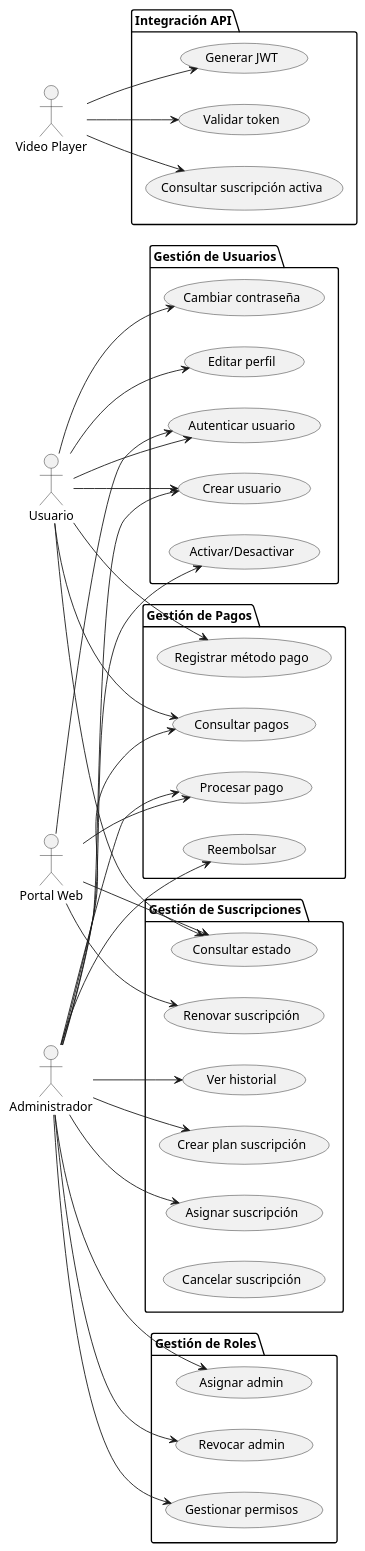
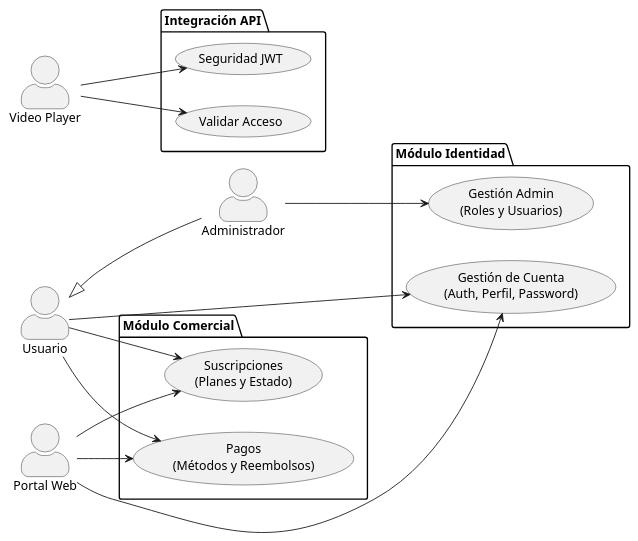
The second of 9 diagrams in docs/backend/odoo_doc/bloste_core.md (ComfyPenguin/Bloste-Docs), drawn with PlantUML before and after one commit.

Commit message:
Simplificacion de caso de uso

````diff
--- a/docs/backend/odoo_doc/bloste_core.md
+++ b/docs/backend/odoo_doc/bloste_core.md
@@ -418,76 +418,43 @@
 ```plantuml
 @startuml
 left to right direction
+skinparam actorStyle awesome
 
 actor Usuario
 actor Administrador
 actor "Portal Web" as Portal
 actor "Video Player" as Player
 
-package "Gestión de Usuarios" {
-  usecase "Crear usuario" as UC1
-  usecase "Autenticar usuario" as UC2
-  usecase "Editar perfil" as UC3
-  usecase "Cambiar contraseña" as UC4
-  usecase "Activar/Desactivar" as UC5
+' Simplificación clave: El Admin hereda del Usuario (no necesita flechas duplicadas)
+Usuario <|-- Administrador
+
+package "Módulo Identidad" {
+  usecase "Gestión de Cuenta\n(Auth, Perfil, Password)" as UC_Cuenta
+  usecase "Gestión Admin\n(Roles y Usuarios)" as UC_Adm_Users
 }
 
-package "Gestión de Suscripciones" {
-  usecase "Crear plan suscripción" as UC6
-  usecase "Asignar suscripción" as UC7
-  usecase "Renovar suscripción" as UC8
-  usecase "Consultar estado" as UC9
-  usecase "Ver historial" as UC10
-  usecase "Cancelar suscripción" as UC11
-}
-
-package "Gestión de Roles" {
-  usecase "Asignar admin" as UC12
-  usecase "Revocar admin" as UC13
-  usecase "Gestionar permisos" as UC14
-}
-
-package "Gestión de Pagos" {
-  usecase "Registrar método pago" as UC15
-  usecase "Procesar pago" as UC16
-  usecase "Consultar pagos" as UC17
-  usecase "Reembolsar" as UC18
+package "Módulo Comercial" {
+  usecase "Suscripciones\n(Planes y Estado)" as UC_Susc
+  usecase "Pagos\n(Métodos y Reembolsos)" as UC_Pagos
 }
 
 package "Integración API" {
-  usecase "Generar JWT" as UC19
-  usecase "Validar token" as UC20
-  usecase "Consultar suscripción activa" as UC21
+  usecase "Seguridad JWT" as UC_JWT
+  usecase "Validar Acceso" as UC_Acceso
 }
 
-Usuario --> UC1
-Usuario --> UC2
-Usuario --> UC3
-Usuario --> UC4
-Usuario --> UC9
-Usuario --> UC15
-Usuario --> UC17
+' Relaciones Humanas
+Usuario --> UC_Cuenta
+Usuario --> UC_Susc
+Usuario --> UC_Pagos
+Administrador --> UC_Adm_Users
 
-Administrador --> UC1
-Administrador --> UC5
-Administrador --> UC6
-Administrador --> UC7
-Administrador --> UC10
-Administrador --> UC12
-Administrador --> UC13
-Administrador --> UC14
-Administrador --> UC16
-Administrador --> UC17
-Administrador --> UC18
+' Relaciones de Sistemas
+Portal --> UC_Cuenta
+Portal --> UC_Susc
+Portal --> UC_Pagos
 
-Portal --> UC2
-Portal --> UC8
-Portal --> UC16
-Portal --> UC9
-
-Player --> UC19
-Player --> UC20
-Player --> UC21
-
+Player --> UC_JWT
+Player --> UC_Acceso
 @enduml
 ```
````
